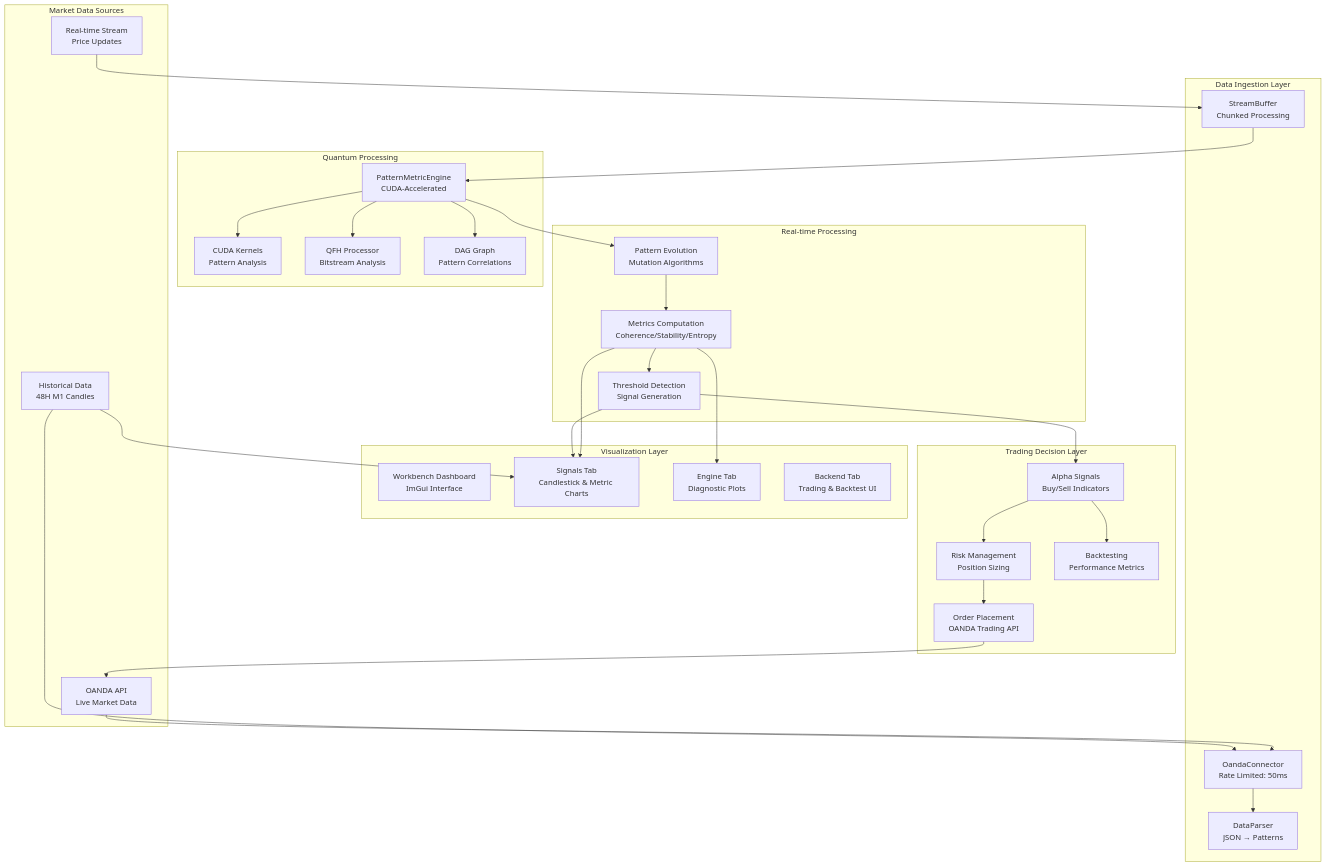
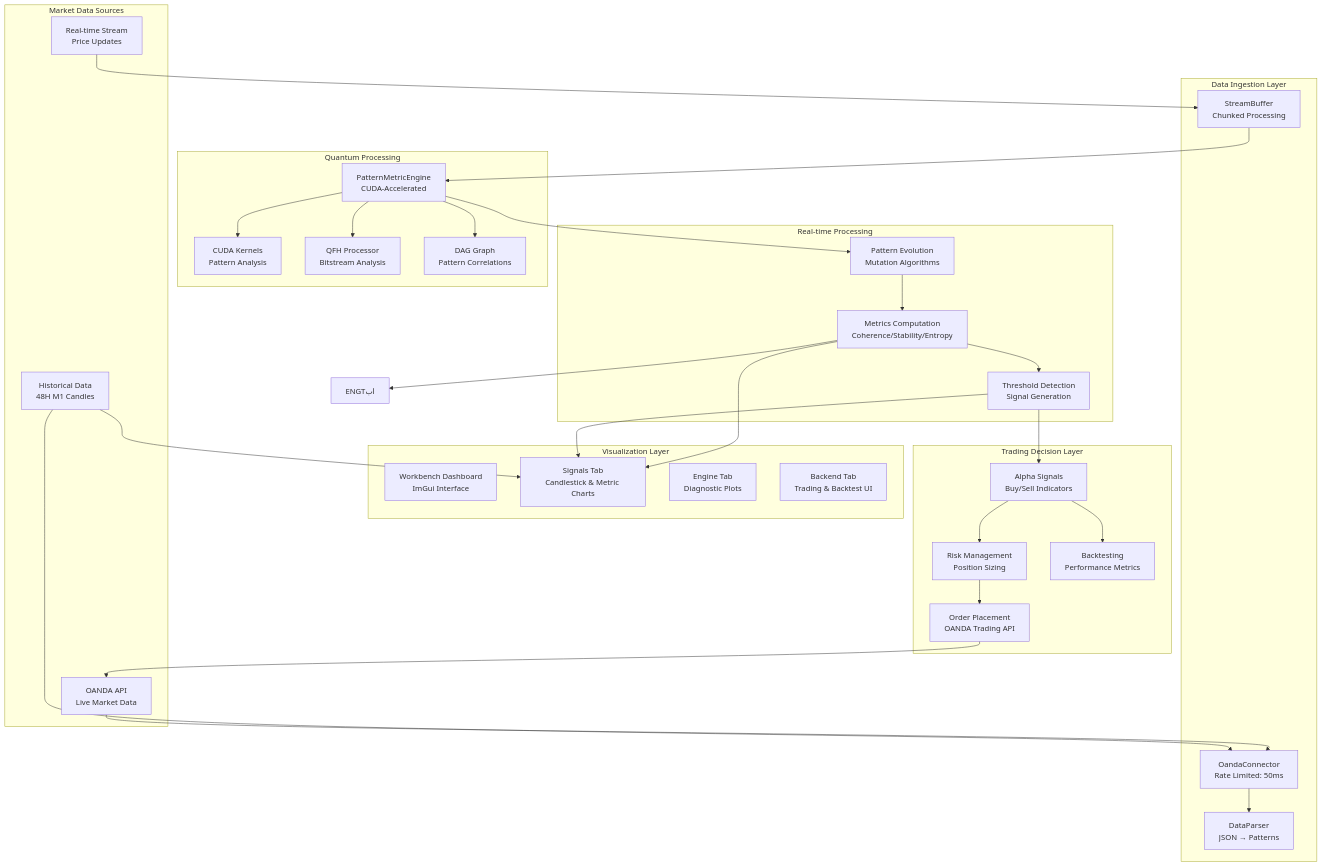
Before and after one commit to SepDynamics/sep: the diagram in docs/DATA.md, drawn with Mermaid. The commit also changed other lines of this file and 3 other files, not shown here.

````diff
--- a/docs/DATA.md
+++ b/docs/DATA.md
@@ -9,63 +11,63 @@
 ```mermaid
 graph TB
     subgraph "Market Data Sources"
         OANDA[OANDA API<br/>Live Market Data]
         HIST[Historical Data<br/>48H M1 Candles]
         STREAM[Real-time Stream<br/>Price Updates]
     end
 
     subgraph "Data Ingestion Layer"
         CONN[OandaConnector<br/>Rate Limited: 50ms]
         PARSER[DataParser<br/>JSON → Patterns]
         BUFFER[StreamBuffer<br/>Chunked Processing]
     end
 
     subgraph "Quantum Processing"
         PME[PatternMetricEngine<br/>CUDA-Accelerated]
         CUDA[CUDA Kernels<br/>Pattern Analysis]
         QFH[QFH Processor<br/>Bitstream Analysis]
         DAG[DAG Graph<br/>Pattern Correlations]
     end
 
     subgraph "Real-time Processing"
         EVOLVE[Pattern Evolution<br/>Mutation Algorithms]
         METRICS[Metrics Computation<br/>Coherence/Stability/Entropy]
         THRESH[Threshold Detection<br/>Signal Generation]
     end
 
     subgraph "Visualization Layer"
         DASHBOARD[Workbench Dashboard<br/>ImGui Interface]
         SIGTAB[Signals Tab<br/>Candlestick & Metric Charts]
         ENGTAB[Engine Tab<br/>Diagnostic Plots]
         BACKTAB[Backend Tab<br/>Trading & Backtest UI]
     end
 
     subgraph "Trading Decision Layer"
         SIGNALS[Alpha Signals<br/>Buy/Sell Indicators]
         RISK[Risk Management<br/>Position Sizing]
         ORDERS[Order Placement<br/>OANDA Trading API]
         BACKTEST[Backtesting<br/>Performance Metrics]
     end
 
     %% Data Flow Connections
     OANDA --> CONN
     HIST --> CONN
     STREAM --> BUFFER
     CONN --> PARSER
     BUFFER --> PME
     PME --> CUDA
     PME --> QFH
     PME --> DAG
     PME --> EVOLVE
     EVOLVE --> METRICS
     METRICS --> THRESH
     METRICS --> SIGTAB
     HIST --> SIGTAB
     THRESH --> SIGTAB
-    METRICS --> ENGTAB
+    METRICS --> ENGTاب
     THRESH --> SIGNALS
     SIGNALS --> RISK
     SIGNALS --> BACKTEST
     RISK --> ORDERS
     ORDERS --> OANDA
 ```
````
